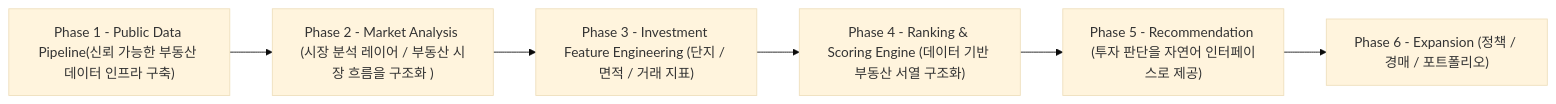
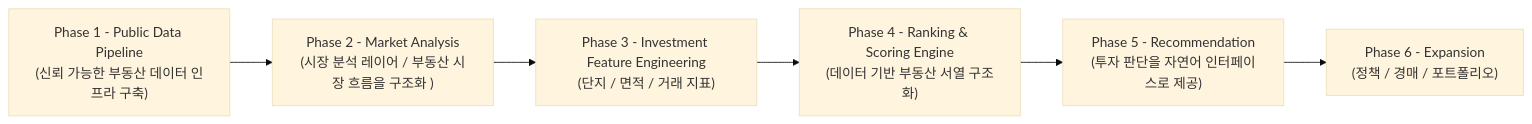
The diagram in README.md (bongkyunSON/ttol-ttol-han-chae), drawn with Mermaid (base theme) before and after one commit. The commit also changed other lines of this file, not shown here.

````diff
--- a/README.md
+++ b/README.md
@@ -69,11 +71,11 @@
 ```mermaid
 flowchart LR
-  A["Phase 1 - Public Data Pipeline(신뢰 가능한 부동산 데이터 인프라 구축)"]
-  B["Phase 2 - Market Analysis (시장 분석 레이어 / 부동산 시장 흐름을 구조화 )"]
-  C["Phase 3 - Investment Feature Engineering (단지 / 면적 / 거래 지표)"]
-  D["Phase 4 - Ranking & Scoring Engine (데이터 기반 부동산 서열 구조화)"]
-  E["Phase 5 - Recommendation (투자 판단을 자연어 인터페이스로 제공)"]
-  F["Phase 6 - Expansion (정책 / 경매 / 포트폴리오)"]
+  A["Phase 1 - Public Data Pipeline\n(신뢰 가능한 부동산 데이터 인프라 구축)"]
+  B["Phase 2 - Market Analysis\n(시장 분석 레이어 / 부동산 시장 흐름을 구조화 )"]
+  C["Phase 3 - Investment Feature Engineering\n(단지 / 면적 / 거래 지표)"]
+  D["Phase 4 - Ranking & Scoring Engine\n(데이터 기반 부동산 서열 구조화)"]
+  E["Phase 5 - Recommendation\n(투자 판단을 자연어 인터페이스로 제공)"]
+  F["Phase 6 - Expansion\n(정책 / 경매 / 포트폴리오)"]
 
   A --> B --> C --> D --> E --> F
 ```
````
